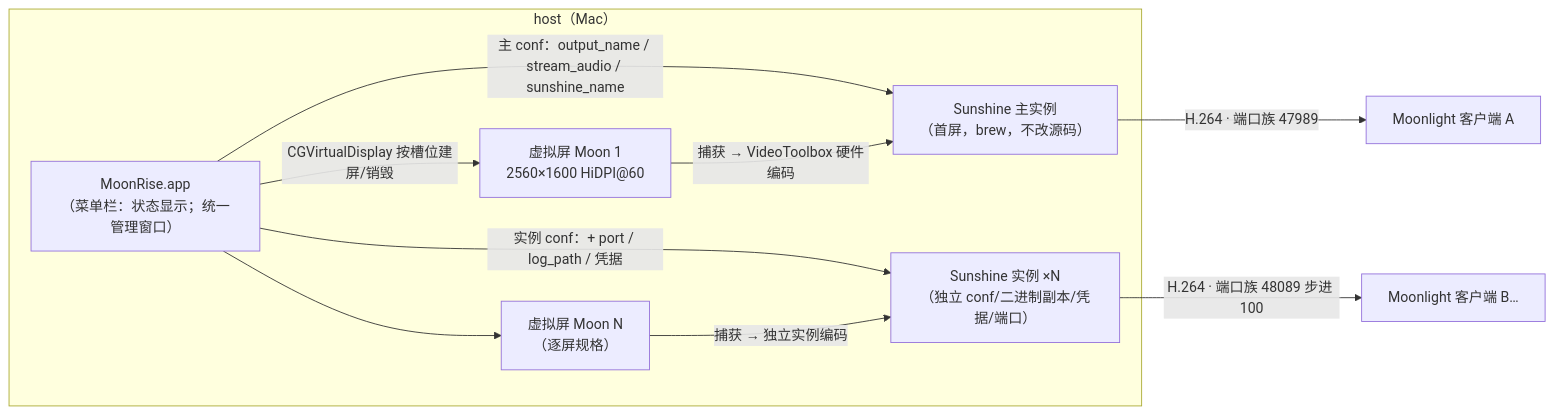
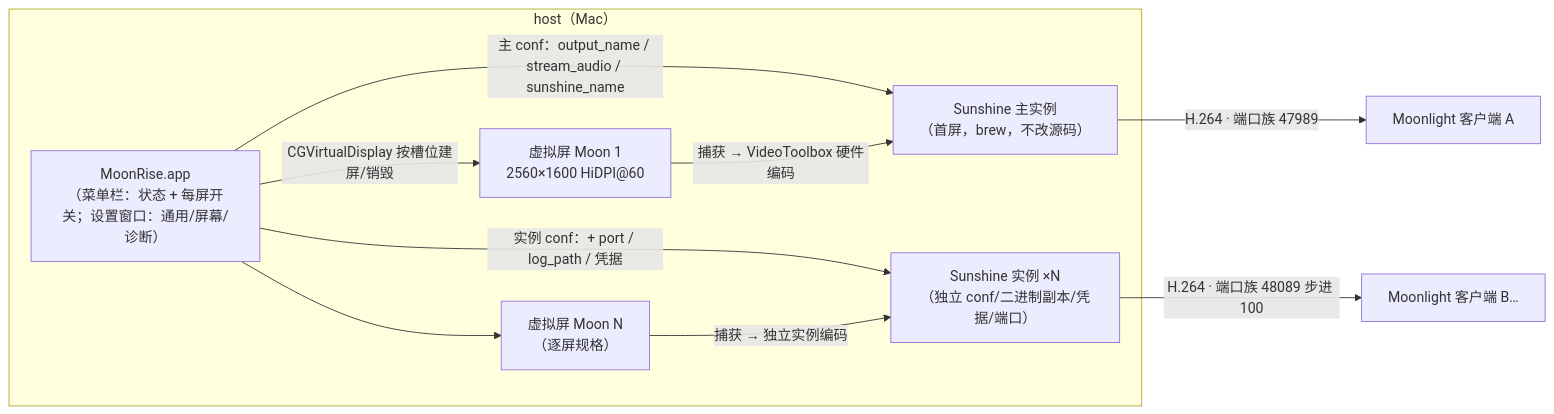
Before and after one commit to rexzhang/moonrise: the first of 2 diagrams in docs/architecture.md, drawn with Mermaid. The commit also changed other lines of this file and 19 other files, not shown here.

````diff
--- a/docs/architecture.md
+++ b/docs/architecture.md
@@ -7,18 +7,18 @@
 ```mermaid
 flowchart LR
     subgraph host["host（Mac）"]
-        app["MoonRise.app<br/>（菜单栏：状态显示；统一管理窗口）"]
+        app["MoonRise.app<br/>（菜单栏：状态 + 每屏开关；设置窗口：通用/屏幕/诊断）"]
         s1["虚拟屏 Moon 1<br/>2560×1600 HiDPI@60"]
         s2["虚拟屏 Moon N<br/>（逐屏规格）"]
         main["Sunshine 主实例<br/>（首屏，brew，不改源码）"]
         inst["Sunshine 实例 ×N<br/>（独立 conf/二进制副本/凭据/端口）"]
         app -->|"CGVirtualDisplay 按槽位建屏/销毁"| s1
         app --> s2
         app -->|"主 conf：output_name / stream_audio / sunshine_name"| main
         app -->|"实例 conf：+ port / log_path / 凭据"| inst
         s1 -->|"捕获 → VideoToolbox 硬件编码"| main
         s2 -->|"捕获 → 独立实例编码"| inst
     end
     main -->|"H.264 · 端口族 47989"| c1["Moonlight 客户端 A"]
     inst -->|"H.264 · 端口族 48089 步进 100"| c2["Moonlight 客户端 B…"]
 ```
````
